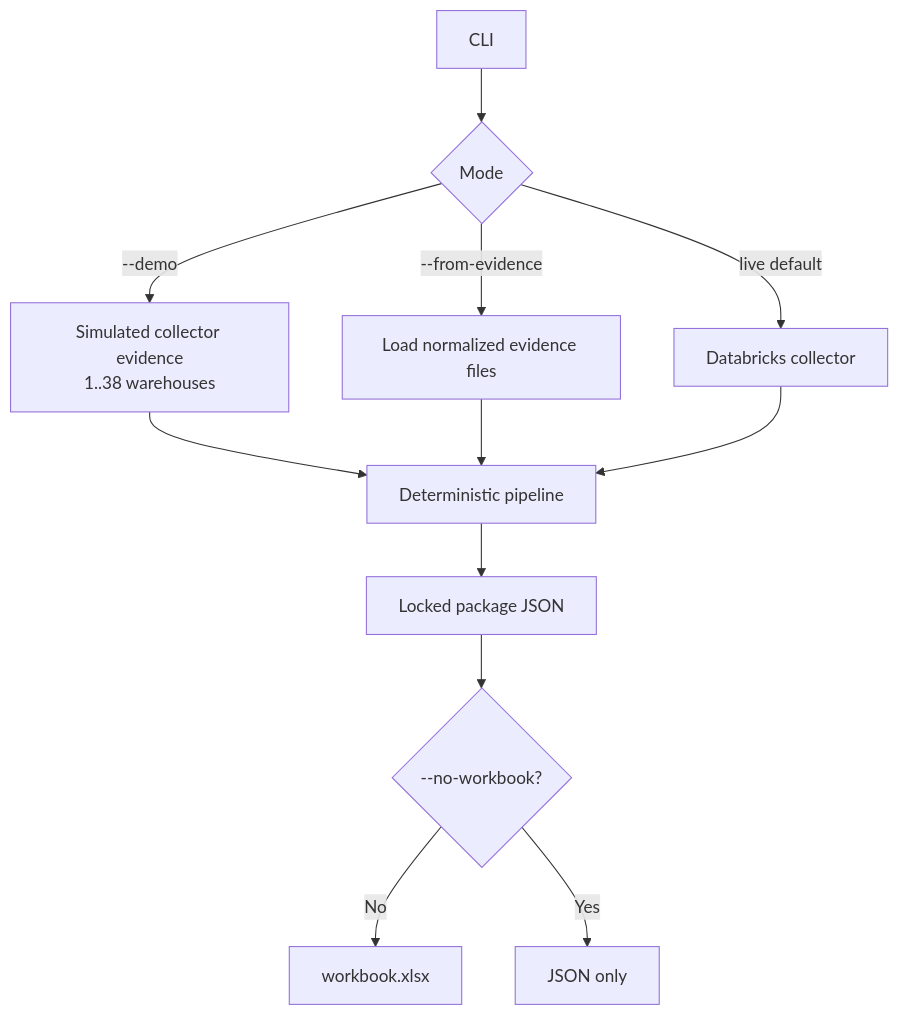
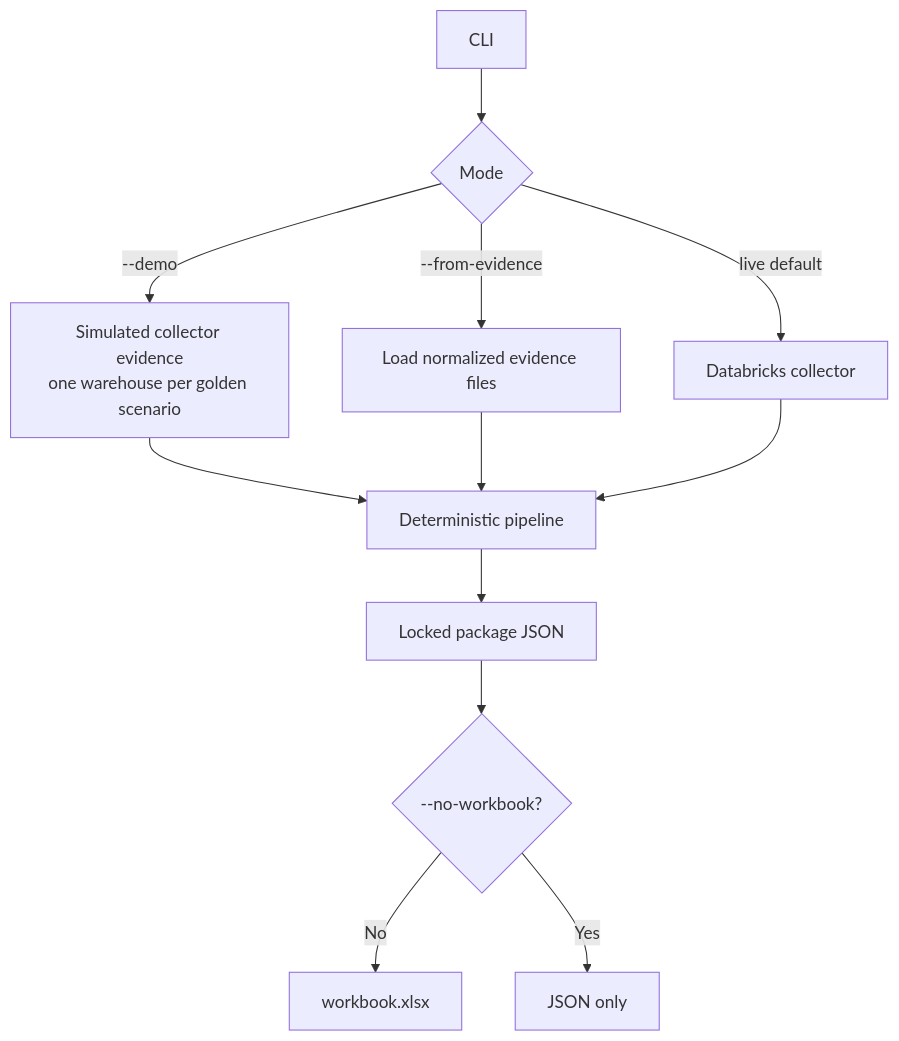
Before and after one commit to thiaga-gk/expert-funicular: the second of 19 diagrams in docs/architecture/lld.md, drawn with Mermaid. The commit also changed other lines of this file and 8 other files, not shown here.

````diff
--- a/docs/architecture/lld.md
+++ b/docs/architecture/lld.md
@@ -135,15 +110,15 @@
 ```mermaid
 flowchart TD
     CLI[CLI] --> M{Mode}
-    M -->|--demo| DEMO[Simulated collector evidence<br/>1..38 warehouses]
+    M -->|--demo| DEMO[Simulated collector evidence<br/>one warehouse per golden scenario]
     M -->|--from-evidence| REPLAY[Load normalized evidence files]
     M -->|live default| LIVE[Databricks collector]
 
     DEMO --> PIPE[Deterministic pipeline]
     REPLAY --> PIPE
     LIVE --> PIPE
     PIPE --> PKG[Locked package JSON]
     PKG --> WB{--no-workbook?}
     WB -->|No| XLSX[workbook.xlsx]
     WB -->|Yes| END[JSON only]
 ```
````
